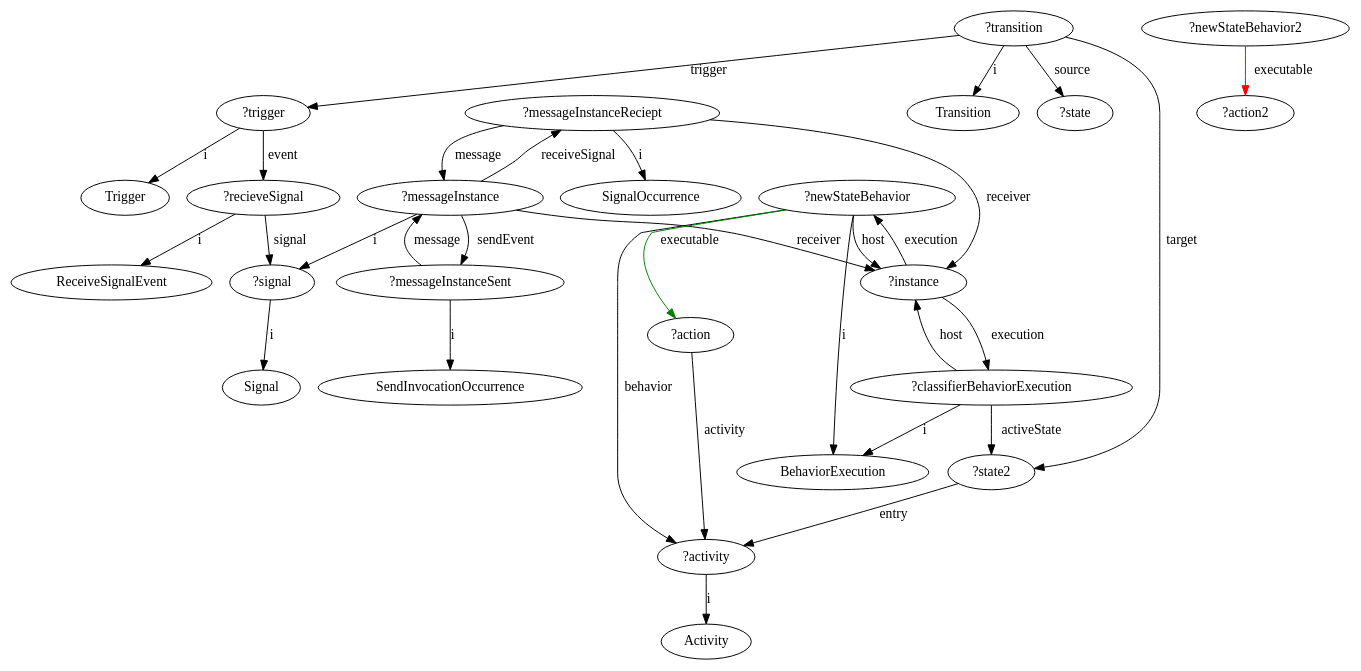
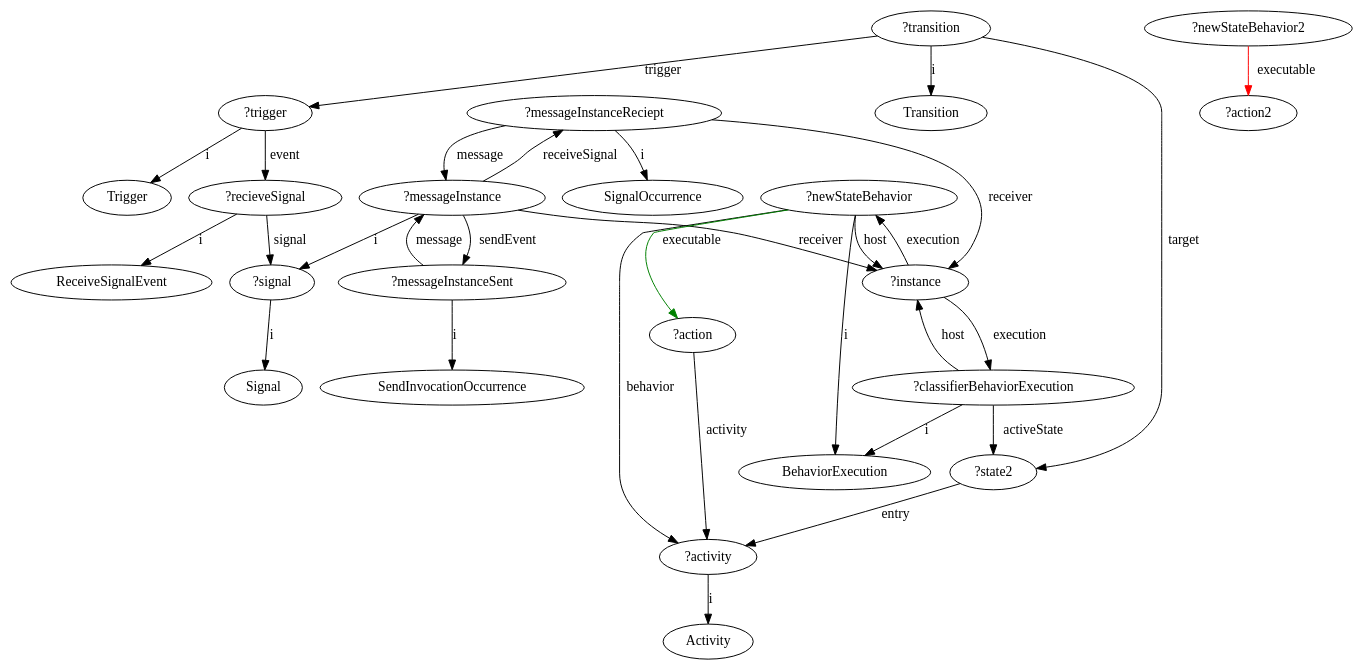
One commit to luisneiva/graf-framework changed the diagram in GraphOutputs/acceptEventAction-WithActivity-ExecutableEdges.dot. Above: the diagram before and after it, drawn with Graphviz. The commit also changed 25 other files, not shown here.

```diff
--- a/GraphOutputs/acceptEventAction-WithActivity-ExecutableEdges.dot
+++ b/GraphOutputs/acceptEventAction-WithActivity-ExecutableEdges.dot
@@ -1,33 +1,32 @@
 digraph acceptEventAction_WithActivity_ExecutableEdges {
 	"?signal" -> "Signal" [label="i"]
 	"?recieveSignal" -> "?signal" [label="signal"]
 	"?trigger" -> "?recieveSignal" [label="event"]
 	"?recieveSignal" -> "ReceiveSignalEvent" [label="i"]
 	"?trigger" -> "Trigger" [label="i"]
 	"?transition" -> "Transition" [label="i"]
 	"?transition" -> "?trigger" [label="trigger"]
-	"?transition" -> "?state" [label="source"]
 	"?transition" -> "?state2" [label="target"]
 	"?classifierBehaviorExecution" -> "BehaviorExecution" [label="i"]
 	"?classifierBehaviorExecution" -> "?instance" [label="host"]
 	"?instance" -> "?classifierBehaviorExecution" [label="execution"]
 	"?messageInstanceReciept" -> "?instance" [label="receiver"]
 	"?messageInstanceReciept" -> "SignalOccurrence" [label="i"]
 	"?messageInstance" -> "?instance" [label="receiver"]
 	"?messageInstanceSent" -> "?messageInstance" [label="message"]
 	"?messageInstance" -> "?messageInstanceSent" [label="sendEvent"]
 	"?messageInstanceSent" -> "SendInvocationOccurrence" [label="i"]
 	"?messageInstance" -> "?messageInstanceReciept" [label="receiveSignal"]
 	"?messageInstance" -> "?signal" [label="i"]
 	"?classifierBehaviorExecution" -> "?state2" [label="activeState"]
 	"?messageInstanceReciept" -> "?messageInstance" [label="message"]
 	"?activity" -> "Activity" [label="i"]
 	"?state2" -> "?activity" [label="entry"]
 	"?newStateBehavior" -> "?activity" [label="behavior"]
 	"?newStateBehavior" -> "BehaviorExecution" [label="i"]
 	"?newStateBehavior" -> "?instance" [label="host"]
 	"?instance" -> "?newStateBehavior" [label="execution"]
 	"?action" -> "?activity" [label="activity"]
 	"?newStateBehavior" -> "?action" [label="executable", color="green"]
 	"?newStateBehavior2" -> "?action2" [label="executable", color="red"]
 }
```
